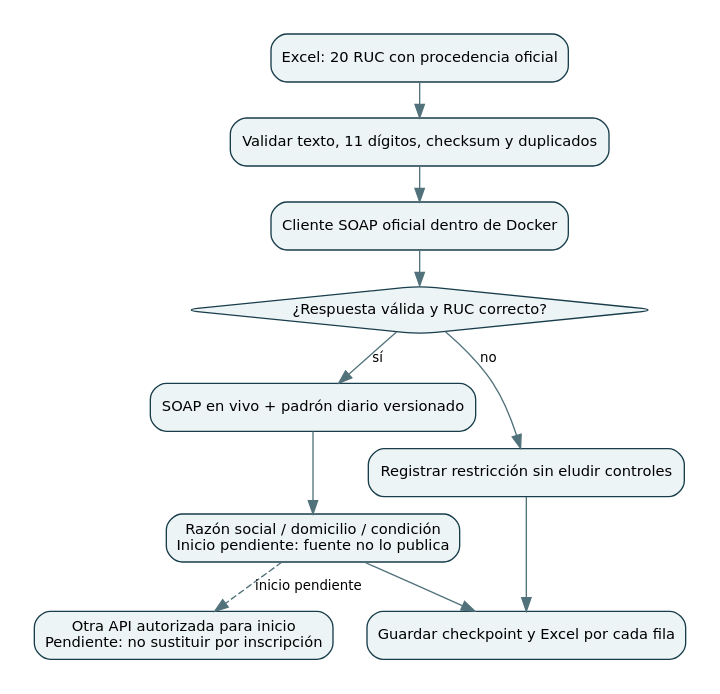
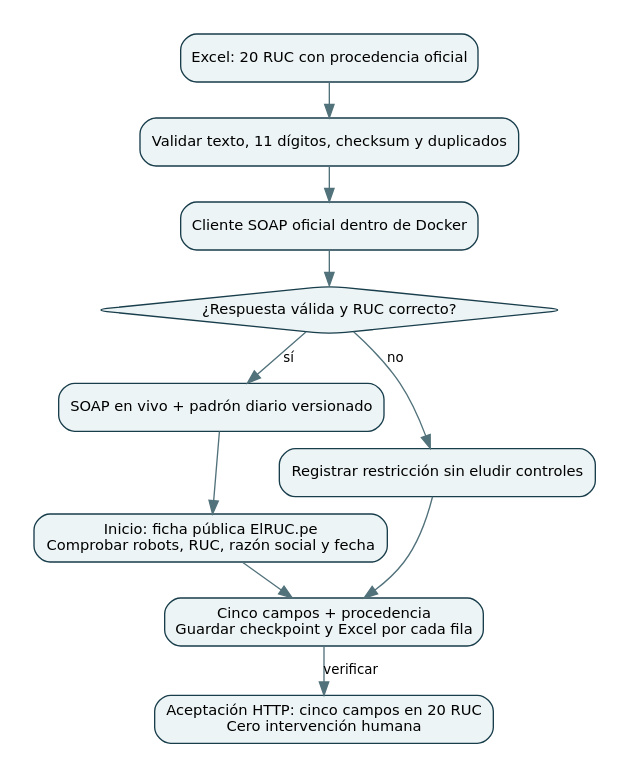
Before and after one commit to Grabiel-z/integrador-3: the diagram in diagramas/sunat.dot, drawn with Graphviz. The commit also changed 105 other files, not shown here.

First line of the commit message:
fix: completar inicio de actividades automáticamente con fuente pública

```diff
--- a/diagramas/sunat.dot
+++ b/diagramas/sunat.dot
@@ -1,20 +1,20 @@
 digraph SUNAT {
   graph [rankdir=TB, bgcolor="white", pad="0.25", nodesep="0.35", ranksep="0.35"];
   node [shape=box, style="rounded,filled", fillcolor="#EDF4F5", color="#183D4B", fontname="DejaVu Sans", fontsize=11];
   edge [color="#52727B", fontname="DejaVu Sans", fontsize=10];
   entrada [label="Excel: 20 RUC con procedencia oficial"];
   validar [label="Validar texto, 11 dígitos, checksum y duplicados"];
   navegador [label="Cliente SOAP oficial dentro de Docker"];
   control [shape=diamond,label="¿Respuesta válida y RUC correcto?"];
   consulta [label="SOAP en vivo + padrón diario versionado"];
-  extraer [label="Razón social / domicilio / condición\nInicio pendiente: fuente no lo publica"];
-  guardar [label="Guardar checkpoint y Excel por cada fila"];
+  extraer [label="Inicio: ficha pública ElRUC.pe\nComprobar robots, RUC, razón social y fecha"];
+  guardar [label="Cinco campos + procedencia\nGuardar checkpoint y Excel por cada fila"];
   bloqueo [label="Registrar restricción sin eludir controles"];
-  manual [label="Otra API autorizada para inicio\nPendiente: no sustituir por inscripción"];
+  manual [label="Aceptación HTTP: cinco campos en 20 RUC\nCero intervención humana"];
   entrada -> validar -> navegador -> control;
   control -> consulta [label="sí"];
   control -> bloqueo [label="no"];
   consulta -> extraer -> guardar;
   bloqueo -> guardar;
-  extraer -> manual [style=dashed,label="inicio pendiente"];
+  guardar -> manual [label="verificar"];
 }
```
